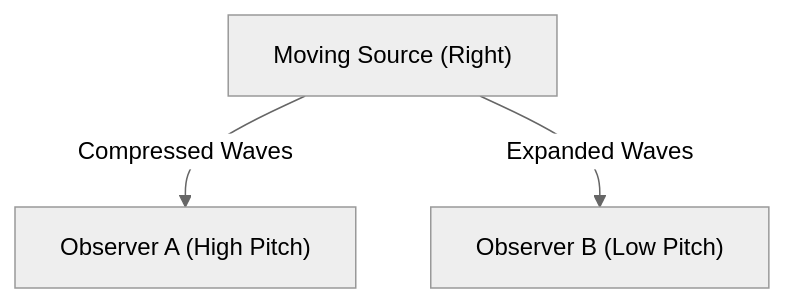
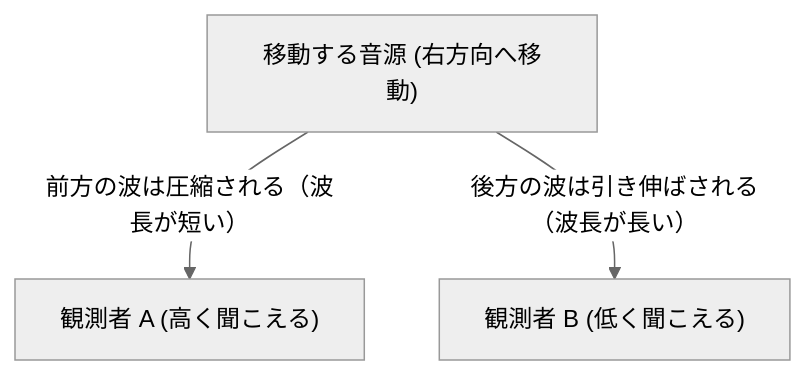
Before and after one commit to kenjinote/blog: the diagram in content/post/physics-doppler-effect/index.md, drawn with Mermaid (neutral theme). The commit also changed other lines of this file and 276 other files, not shown here.

````diff
--- a/content/post/physics-doppler-effect/index.md
+++ b/content/post/physics-doppler-effect/index.md
@@ -27,5 +41,5 @@
 ```mermaid
 graph TD
-    Source["Moving Source (Right)"] -->|Compressed Waves| ObserverA["Observer A (High Pitch)"]
-    Source -->|Expanded Waves| ObserverB["Observer B (Low Pitch)"]
+    Source["移動する音源 (右方向へ移動)"] -->|前方の波は圧縮される（波長が短い）| ObserverA["観測者 A (高く聞こえる)"]
+    Source -->|後方の波は引き伸ばされる（波長が長い）| ObserverB["観測者 B (低く聞こえる)"]
 ```
````
